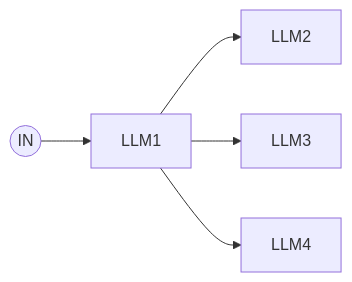
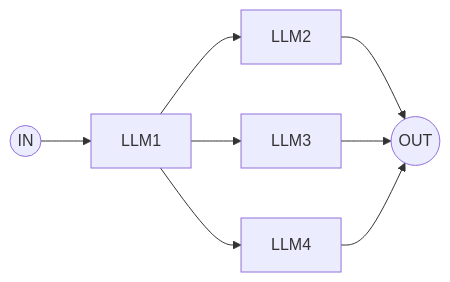
One commit to sovan92/agent changed the second of 2 diagrams in README.md. Above: the diagram before and after it, drawn with Mermaid.

````diff
--- a/README.md
+++ b/README.md
@@ -18,9 +18,11 @@
 ```mermaid
 
 flowchart LR;
     IN((IN))-->LLM1;
     LLM1-->LLM2;
     LLM1-->LLM3;
     LLM1-->LLM4;
-
+    LLM2-->OUT((OUT));
+    LLM3-->OUT((OUT));
+    LLM4-->OUT((OUT));
 ```
````
